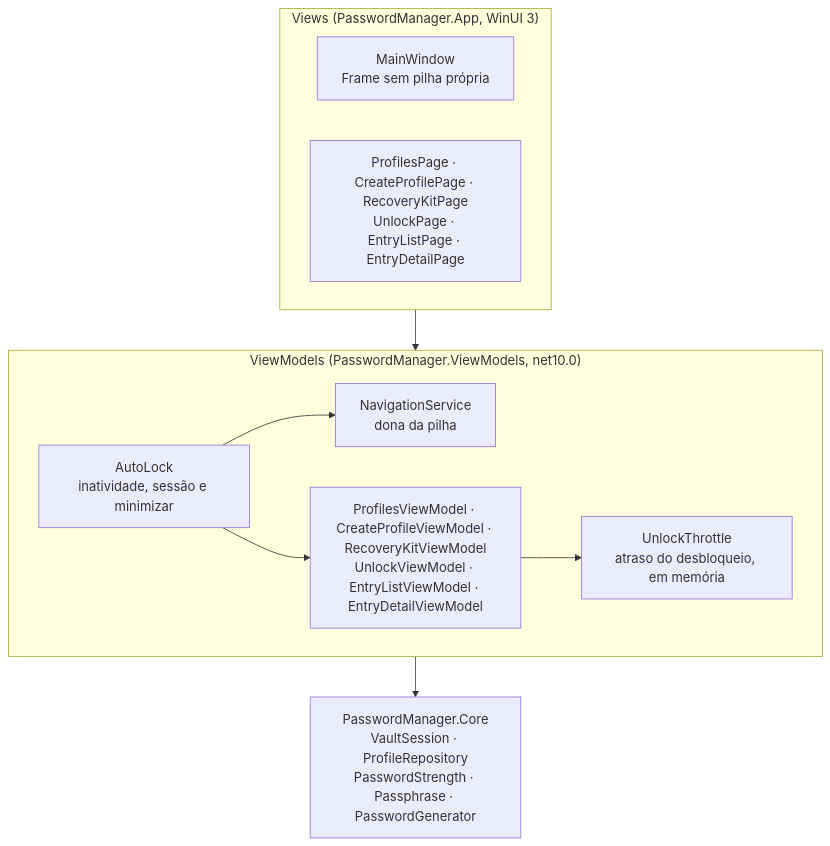
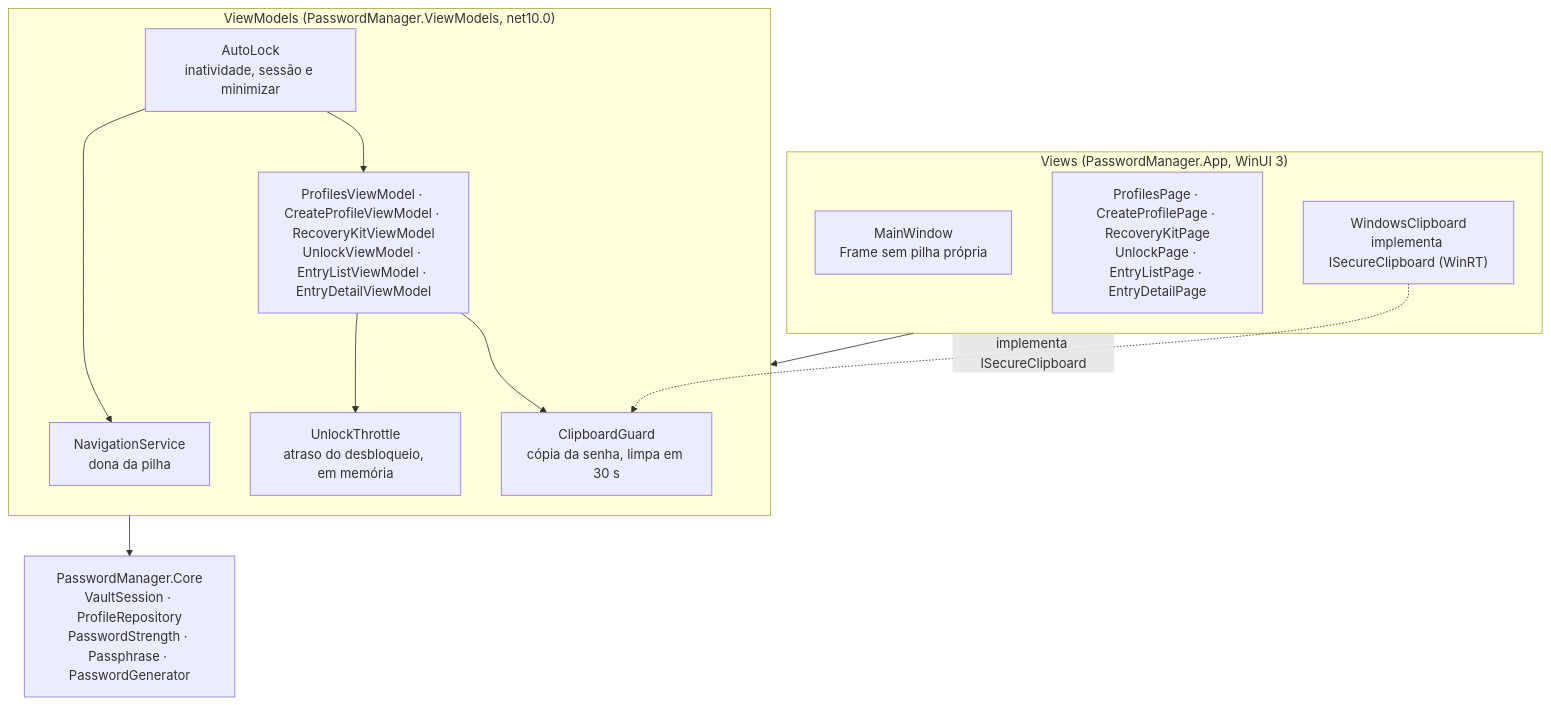
One commit to lucas-llb/passwordManagement changed the sixth of 7 diagrams in docs/architecture.md. Above: the diagram before and after it, drawn with Mermaid. The commit also changed other lines of this file and 39 other files, not shown here.

````diff
--- a/docs/architecture.md
+++ b/docs/architecture.md
@@ -360,18 +360,22 @@
 ```mermaid
 flowchart TB
     subgraph Views["Views (PasswordManager.App, WinUI 3)"]
         MW["MainWindow<br/>Frame sem pilha própria"]
         PG["ProfilesPage · CreateProfilePage · RecoveryKitPage<br/>UnlockPage · EntryListPage · EntryDetailPage"]
+        CB["WindowsClipboard<br/>implementa ISecureClipboard (WinRT)"]
     end
     subgraph VMs["ViewModels (PasswordManager.ViewModels, net10.0)"]
         NS["NavigationService<br/>dona da pilha"]
         VM["ProfilesViewModel · CreateProfileViewModel · RecoveryKitViewModel<br/>UnlockViewModel · EntryListViewModel · EntryDetailViewModel"]
         UT["UnlockThrottle<br/>atraso do desbloqueio, em memória"]
         VM --> UT
+        CG["ClipboardGuard<br/>cópia da senha, limpa em 30 s"]
+        VM --> CG
         AL["AutoLock<br/>inatividade, sessão e minimizar"]
         AL --> NS
         AL --> VM
     end
     CORE["PasswordManager.Core<br/>VaultSession · ProfileRepository<br/>PasswordStrength · Passphrase · PasswordGenerator"]
     Views --> VMs --> CORE
+    CB -.->|"implementa ISecureClipboard"| CG
 ```
````
